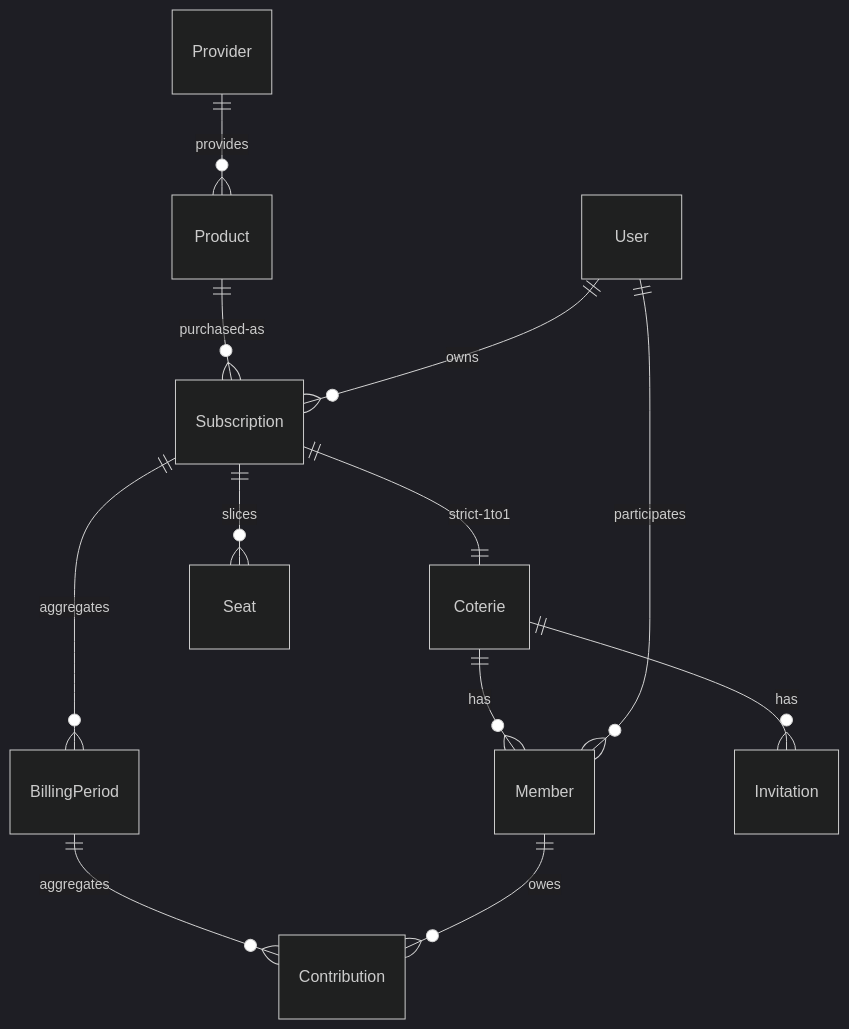
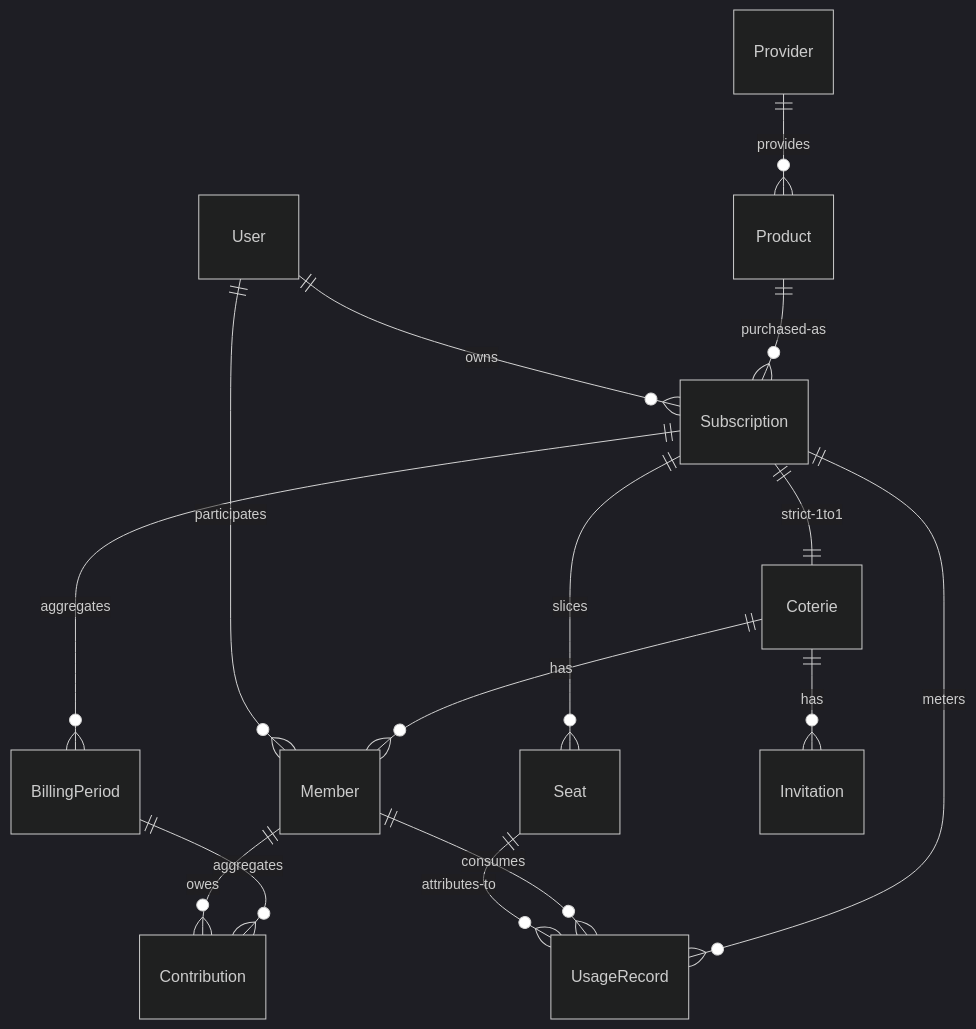
Before and after one commit to cuihairu/coterie: the diagram in docs/design.md, drawn with Mermaid (dark theme). The commit also changed other lines of this file and 12 other files, not shown here.

First line of the commit message:
feat: add usage record ledger with quota projection (Phase 2)

````diff
--- a/docs/design.md
+++ b/docs/design.md
@@ -69,14 +70,17 @@
 ```mermaid
 erDiagram
     Provider ||--o{ Product : provides
     Product ||--o{ Subscription : "purchased-as"
     User ||--o{ Subscription : owns
     Subscription ||--|| Coterie : "strict-1to1"
     Subscription ||--o{ Seat : slices
     Subscription ||--o{ BillingPeriod : "aggregates"
     Coterie ||--o{ Member : has
     Coterie ||--o{ Invitation : has
     User ||--o{ Member : participates
     BillingPeriod ||--o{ Contribution : aggregates
     Member ||--o{ Contribution : owes
+    Subscription ||--o{ UsageRecord : meters
+    Member ||--o{ UsageRecord : consumes
+    Seat ||--o{ UsageRecord : "attributes-to"
 ```
````
